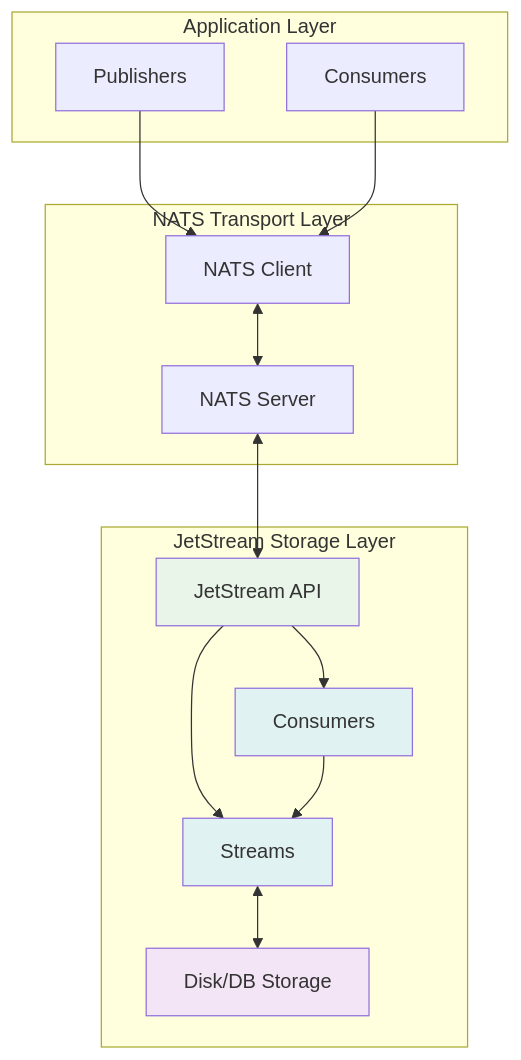
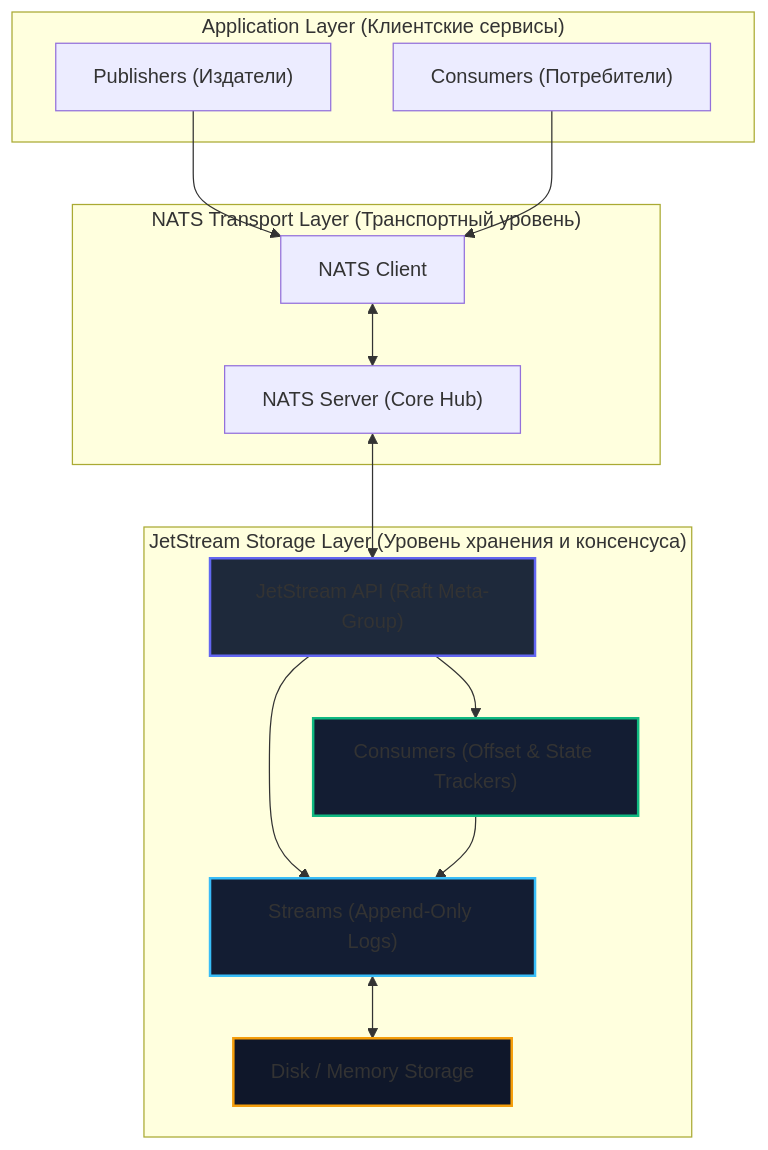
One commit to UnrealTemplier/go-textbook changed the first of 2 diagrams in sources/13. Очереди, брокеры сообщений и оркестраторы/04. NATS/5. JetStream. Persistence и stream processing.md. Above: the diagram before and after it, drawn with Mermaid. The commit also changed other lines of this file, not shown here.

Commit message:
feat(module-13): editorial rewrite of lecture 5 (JetStream) in Subsection 4 in Kernighan style

````diff
--- a/sources/13. Очереди, брокеры сообщений и оркестраторы/04. NATS/5. JetStream. Persistence и stream processing.md
+++ b/sources/13. Очереди, брокеры сообщений и оркестраторы/04. NATS/5. JetStream. Persistence и stream processing.md
@@ -8,33 +30,33 @@
 ```mermaid
 graph TB
-    subgraph "Application Layer"
-        P["Publishers"]
-        C["Consumers"]
+    subgraph "Application Layer (Клиентские сервисы)"
+        P["Publishers (Издатели)"]
+        C["Consumers (Потребители)"]
     end
     
-    subgraph "NATS Transport Layer"
+    subgraph "NATS Transport Layer (Транспортный уровень)"
         NC["NATS Client"]
-        NS["NATS Server"]
+        NS["NATS Server (Core Hub)"]
     end
     
-    subgraph "JetStream Storage Layer"
-        JS["JetStream API"]
-        ST["Streams"]
-        CT["Consumers"]
-        DS["Disk/DB Storage"]
+    subgraph "JetStream Storage Layer (Уровень хранения и консенсуса)"
+        JS["JetStream API (Raft Meta-Group)"]
+        ST["Streams (Append-Only Logs)"]
+        CT["Consumers (Offset & State Trackers)"]
+        DS["Disk / Memory Storage"]
     end
     
     P --> NC
     C --> NC
     NC <--> NS
     NS <--> JS
     JS --> ST
     JS --> CT
     ST <--> DS
     CT --> ST
     
-    style JS fill:#e8f5e8
-    style ST fill:#e0f2f1
-    style CT fill:#e0f2f1
-    style DS fill:#f3e5f5
+    style JS fill:#1e293b,stroke:#6366f1,stroke-width:2px
+    style ST fill:#131d33,stroke:#38bdf8,stroke-width:2px
+    style CT fill:#131d33,stroke:#10b981,stroke-width:2px
+    style DS fill:#0f172a,stroke:#f59e0b,stroke-width:2px
 ```
````
